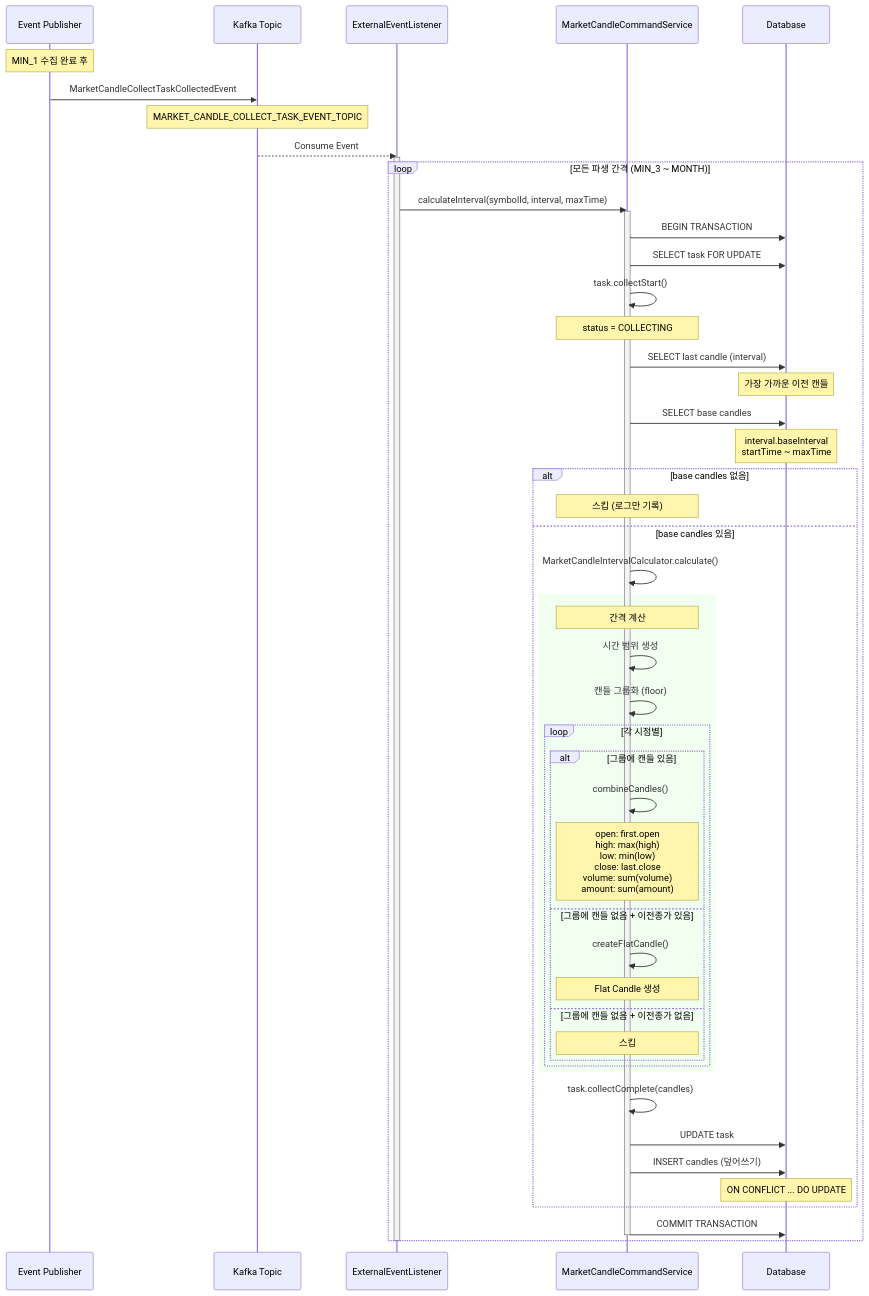
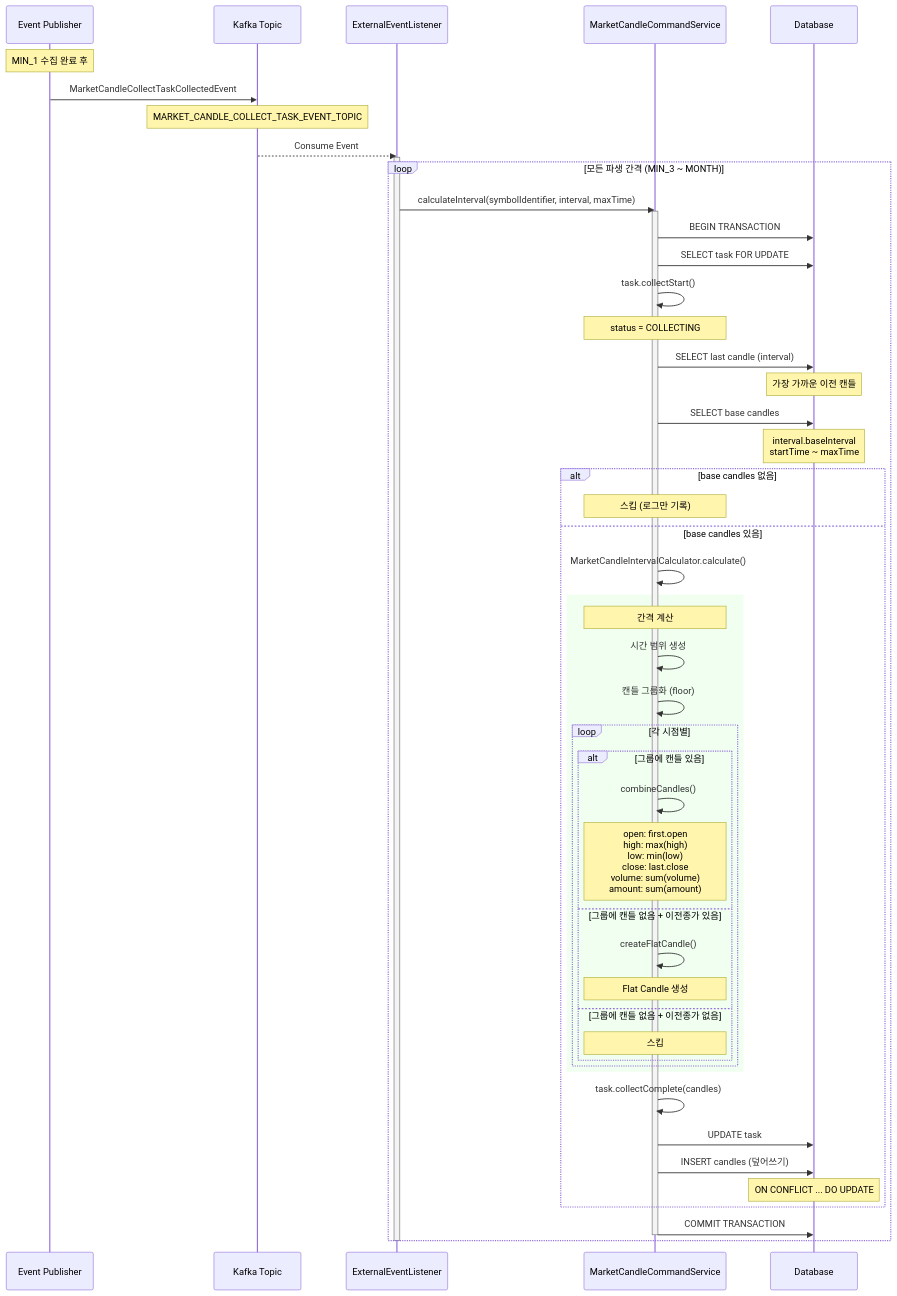
Before and after one commit to Trade-Pilot/.github: the fifth of 17 diagrams in backend/market/sequence-diagram.md, drawn with Mermaid. The commit also changed other lines of this file and 17 other files, not shown here.

````diff
--- a/backend/market/sequence-diagram.md
+++ b/backend/market/sequence-diagram.md
@@ -197,64 +197,64 @@
 ```mermaid
 sequenceDiagram
     participant EventPub as Event Publisher
     participant Kafka as Kafka Topic
     participant Listener as ExternalEventListener
     participant Service as MarketCandleCommandService
     participant DB as Database
 
     Note over EventPub: MIN_1 수집 완료 후
     EventPub->>Kafka: MarketCandleCollectTaskCollectedEvent
     Note over Kafka: MARKET_CANDLE_COLLECT_TASK_EVENT_TOPIC
 
     Kafka-->>Listener: Consume Event
 
     activate Listener
     loop 모든 파생 간격 (MIN_3 ~ MONTH)
-        Listener->>Service: calculateInterval(symbolId, interval, maxTime)
+        Listener->>Service: calculateInterval(symbolIdentifier, interval, maxTime)
 
         activate Service
         Service->>DB: BEGIN TRANSACTION
         Service->>DB: SELECT task FOR UPDATE
         Service->>Service: task.collectStart()
         Note over Service: status = COLLECTING
 
         Service->>DB: SELECT last candle (interval)
         Note over DB: 가장 가까운 이전 캔들
 
         Service->>DB: SELECT base candles
         Note over DB: interval.baseInterval<br/>startTime ~ maxTime
 
         alt base candles 없음
             Note over Service: 스킵 (로그만 기록)
         else base candles 있음
             Service->>Service: MarketCandleIntervalCalculator.calculate()
 
             rect rgb(240, 255, 240)
                 Note over Service: 간격 계산
                 Service->>Service: 시간 범위 생성
                 Service->>Service: 캔들 그룹화 (floor)
 
                 loop 각 시점별
                     alt 그룹에 캔들 있음
                         Service->>Service: combineCandles()
                         Note over Service: open: first.open<br/>high: max(high)<br/>low: min(low)<br/>close: last.close<br/>volume: sum(volume)<br/>amount: sum(amount)
                     else 그룹에 캔들 없음 + 이전종가 있음
                         Service->>Service: createFlatCandle()
                         Note over Service: Flat Candle 생성
                     else 그룹에 캔들 없음 + 이전종가 없음
                         Note over Service: 스킵
                     end
                 end
             end
 
             Service->>Service: task.collectComplete(candles)
             Service->>DB: UPDATE task
             Service->>DB: INSERT candles (덮어쓰기)
             Note over DB: ON CONFLICT ... DO UPDATE
         end
 
         Service->>DB: COMMIT TRANSACTION
         deactivate Service
     end
     deactivate Listener
 ```
````
